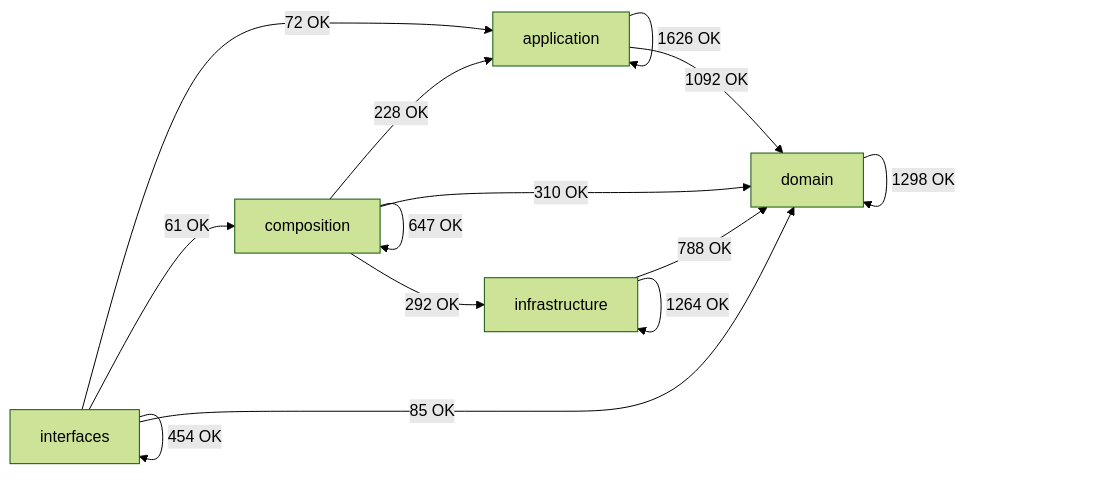
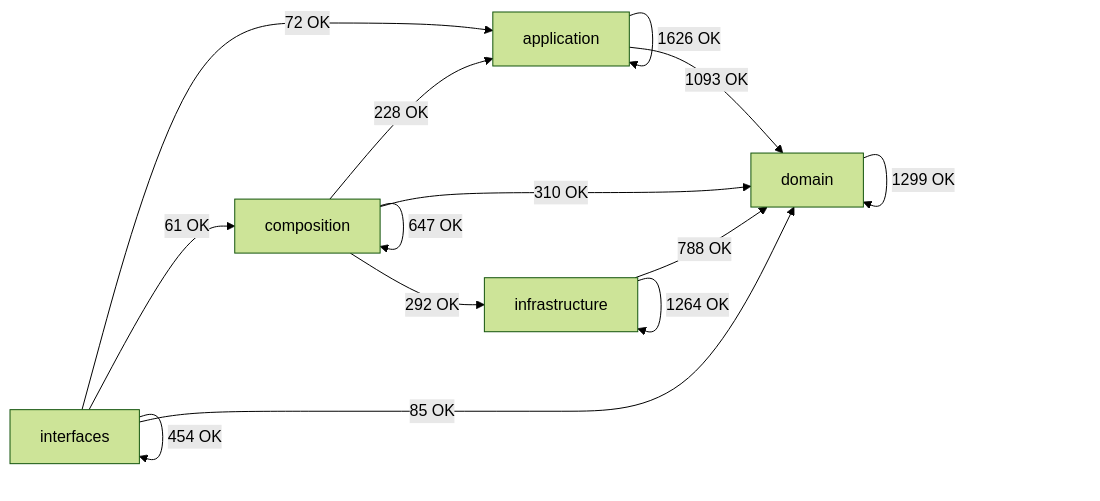
Before and after one commit to SatoryKono/BioactivityDataAcquisition: the diagram in docs/02-architecture/generated/module-dependency-map.md, drawn with Mermaid (forest theme). The commit also changed other lines of this file and 13 other files, not shown here.

````diff
--- a/docs/02-architecture/generated/module-dependency-map.md
+++ b/docs/02-architecture/generated/module-dependency-map.md
@@ -17,21 +17,21 @@
 ```mermaid
 flowchart LR
     domain[domain]
     application[application]
     infrastructure[infrastructure]
     composition[composition]
     interfaces[interfaces]
     application -->|1626 OK| application
-    application -->|1092 OK| domain
+    application -->|1093 OK| domain
     composition -->|228 OK| application
     composition -->|647 OK| composition
     composition -->|310 OK| domain
     composition -->|292 OK| infrastructure
-    domain -->|1298 OK| domain
+    domain -->|1299 OK| domain
     infrastructure -->|788 OK| domain
     infrastructure -->|1264 OK| infrastructure
     interfaces -->|72 OK| application
     interfaces -->|61 OK| composition
     interfaces -->|85 OK| domain
     interfaces -->|454 OK| interfaces
 ```
````
